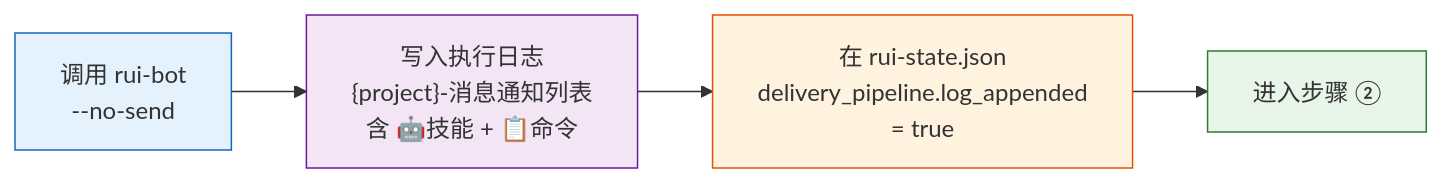
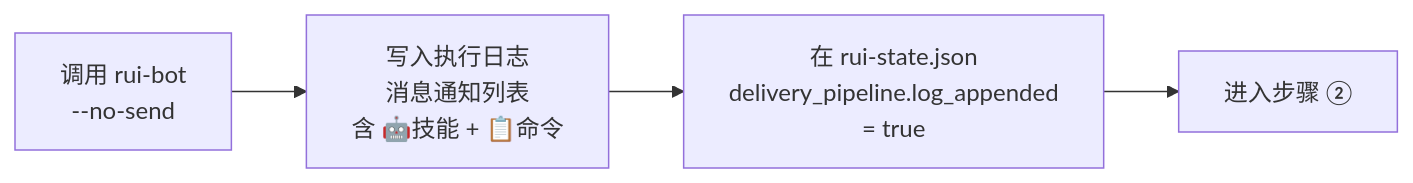
The third of 10 diagrams in rules/delivery-gate.md (effiy/YrY), drawn with Mermaid before and after one commit. The commit also changed other lines of this file and 61 other files, not shown here.

````diff
--- a/rules/delivery-gate.md
+++ b/rules/delivery-gate.md
@@ -85,11 +78,7 @@
 ```mermaid
 flowchart LR
-    CALL["调用 rui-bot<br/>--no-send"]:::step --> LOG["写入执行日志<br/>{project}-消息通知列表<br/>含 🤖技能 + 📋命令"]:::out
+    CALL["调用 rui-bot<br/>--no-send"]:::step --> LOG["写入执行日志<br/>消息通知列表<br/>含 🤖技能 + 📋命令"]:::out
     LOG --> MARK["在 rui-state.json<br/>delivery_pipeline.log_appended<br/>= true"]:::mark
     MARK --> NEXT["进入步骤 ②"]:::next
 
-    classDef step fill:#e3f2fd,stroke:#1565c0;
-    classDef out fill:#f3e5f5,stroke:#6a1b9a;
-    classDef mark fill:#fff3e0,stroke:#e65100;
-    classDef next fill:#e8f5e9,stroke:#2e7d32;
 ```
````
